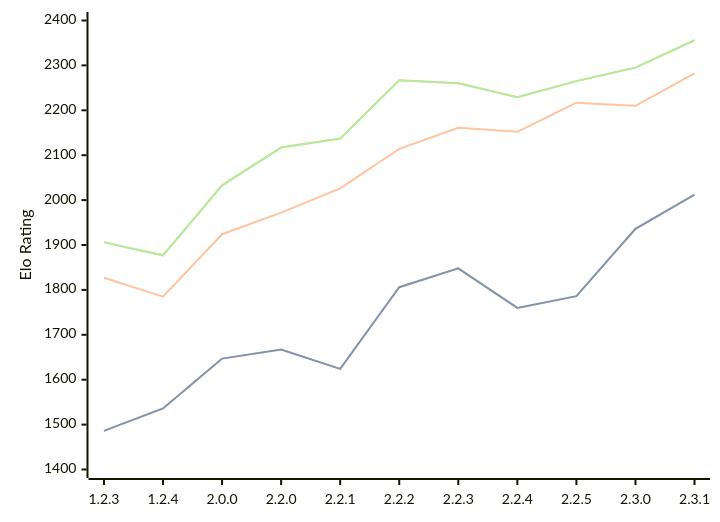
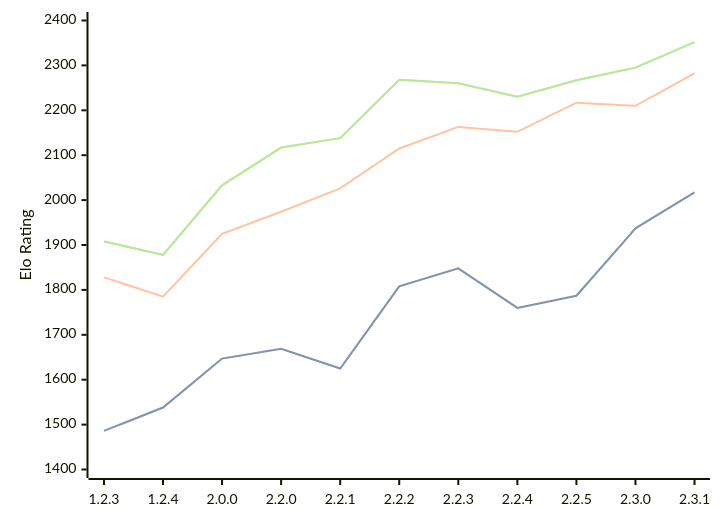
The diagram in engines/Kreveta.md (computer-chess-index/cci), drawn with Mermaid before and after one commit. The commit also changed other lines of this file, not shown here.

Commit message:
Update CCI Ratings (ELO VLTC) - 2026-05-17

````diff
--- a/engines/Kreveta.md
+++ b/engines/Kreveta.md
@@ -43,11 +43,11 @@
 ```mermaid
 %%{init: {"theme":"base","themeVariables":{"seriesColors:['#a3a3a3','#222221','#faa371']}}}%%
 xychart-beta
   x-axis ["1.2.3", "1.2.4", "2.0.0", "2.2.0", "2.2.1", "2.2.2", "2.2.3", "2.2.4", "2.2.5", "2.3.0", "2.3.1"]
   y-axis "Elo Rating" 1400 --> 2400
-  line "STC (8.0+0.08s)" [1486, 1536, 1647, 1667, 1624, 1806, 1848, 1760, 1786, 1936, 2012]
-  line "STC (8.0+0.08s)" [1486, 1536, 1647, 1667, 1624, 1806, 1848, 1760, 1786, 1936, 2012]
-  line "LTC (60.0+0.60s)" [1827, 1785, 1924, 1972, 2026, 2114, 2161, 2152, 2217, 2210, 2282]
-  line "VLTC (2m24s+1.12s)" [1906, 1877, 2033, 2117, 2137, 2267, 2260, 2229, 2265, 2295, 2356]
-  line "VLTC (2m24s+1.12s)" [1906, 1877, 2033, 2117, 2137, 2267, 2260, 2229, 2265, 2295, 2356]
+  line "STC (8.0+0.08s)" [1486, 1538, 1647, 1669, 1625, 1808, 1848, 1760, 1787, 1937, 2017]
+  line "STC (8.0+0.08s)" [1486, 1538, 1647, 1669, 1625, 1808, 1848, 1760, 1787, 1937, 2017]
+  line "LTC (60.0+0.60s)" [1828, 1785, 1925, 1974, 2026, 2115, 2163, 2152, 2217, 2210, 2282]
+  line "VLTC (2m24s+1.12s)" [1908, 1878, 2033, 2117, 2138, 2268, 2260, 2230, 2267, 2295, 2352]
+  line "VLTC (2m24s+1.12s)" [1908, 1878, 2033, 2117, 2138, 2268, 2260, 2230, 2267, 2295, 2352]
 ```
````
